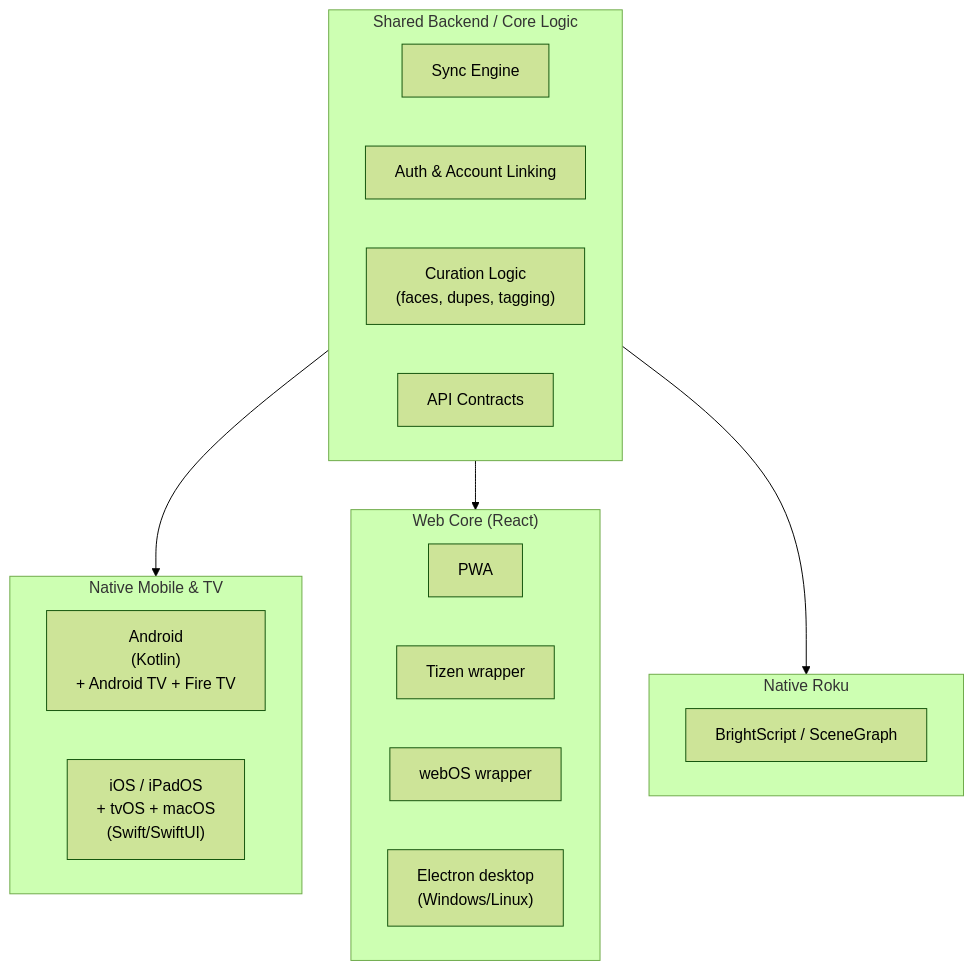
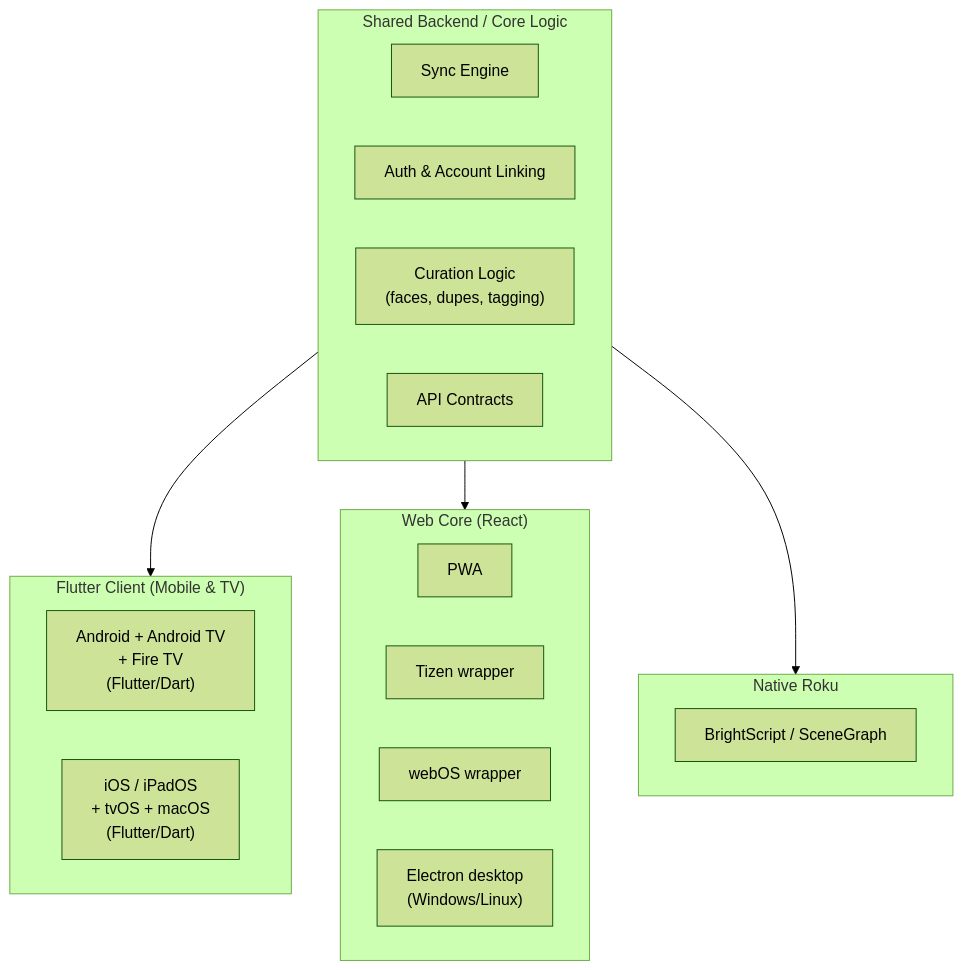
The first of 3 diagrams in docs/docs/architecture/diagrams.md (sushbizapps/DigiFrameApp), drawn with Mermaid (forest theme) before and after one commit. The commit also changed 10 other files, not shown here.

First line of the commit message:
docs: adopt Flutter/Dart as shared codebase for Android + Apple

````diff
--- a/docs/docs/architecture/diagrams.md
+++ b/docs/docs/architecture/diagrams.md
@@ -13,29 +13,29 @@
 ```mermaid
 flowchart TB
     subgraph Backend["Shared Backend / Core Logic"]
         A["Sync Engine"]
         B["Auth & Account Linking"]
         C["Curation Logic<br/>(faces, dupes, tagging)"]
         D["API Contracts"]
     end
 
-    subgraph NativeMobile["Native Mobile & TV"]
-        E["Android<br/>(Kotlin)<br/>+ Android TV + Fire TV"]
-        F["iOS / iPadOS<br/>+ tvOS + macOS<br/>(Swift/SwiftUI)"]
+    subgraph NativeMobile["Flutter Client (Mobile & TV)"]
+        E["Android + Android TV<br/>+ Fire TV<br/>(Flutter/Dart)"]
+        F["iOS / iPadOS<br/>+ tvOS + macOS<br/>(Flutter/Dart)"]
     end
 
     subgraph WebCore["Web Core (React)"]
         G["PWA"]
         H["Tizen wrapper"]
         I["webOS wrapper"]
         J["Electron desktop<br/>(Windows/Linux)"]
     end
 
     subgraph Roku["Native Roku"]
         K["BrightScript / SceneGraph"]
     end
 
     Backend --> NativeMobile
     Backend --> WebCore
     Backend --> Roku
 ```
````
